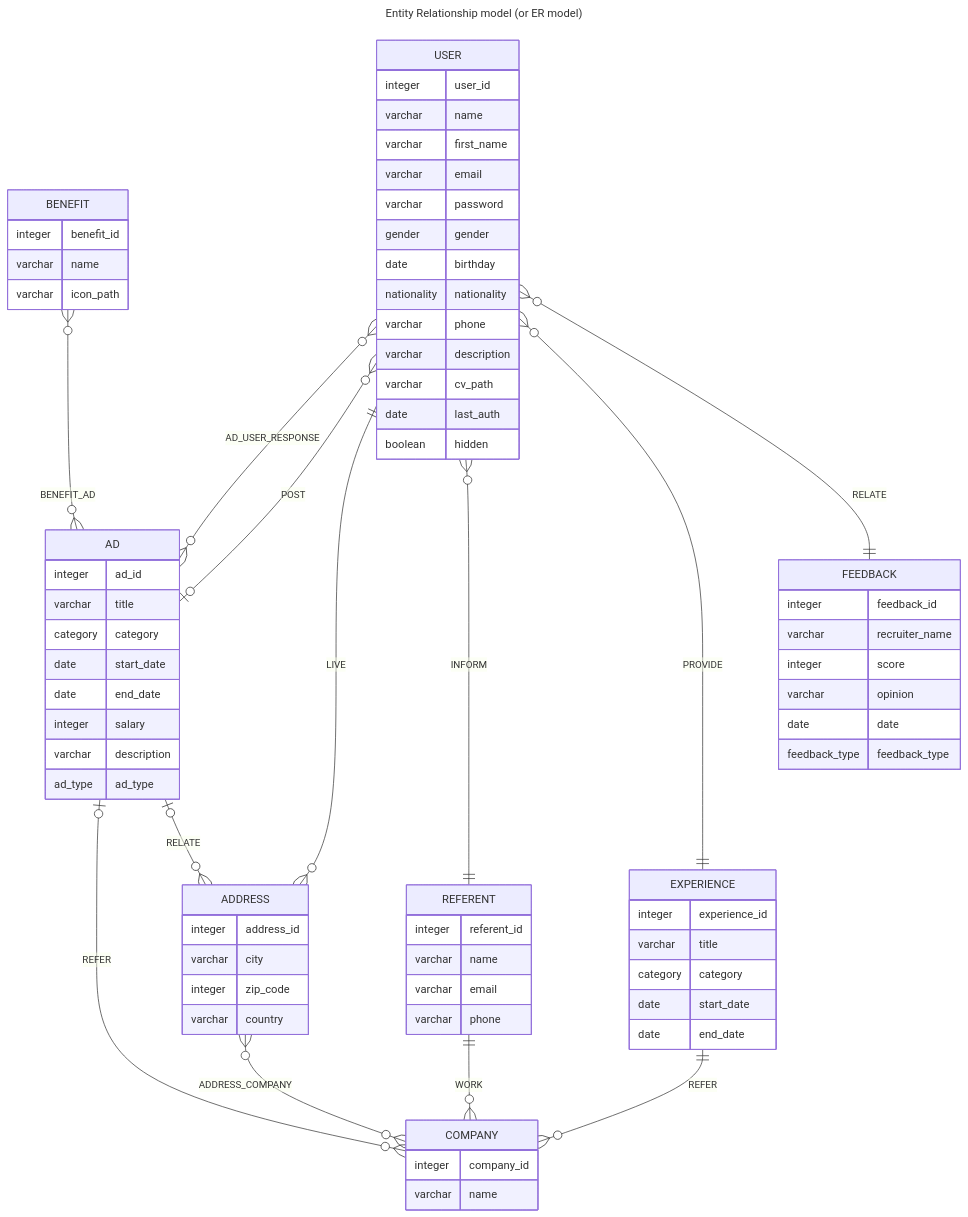
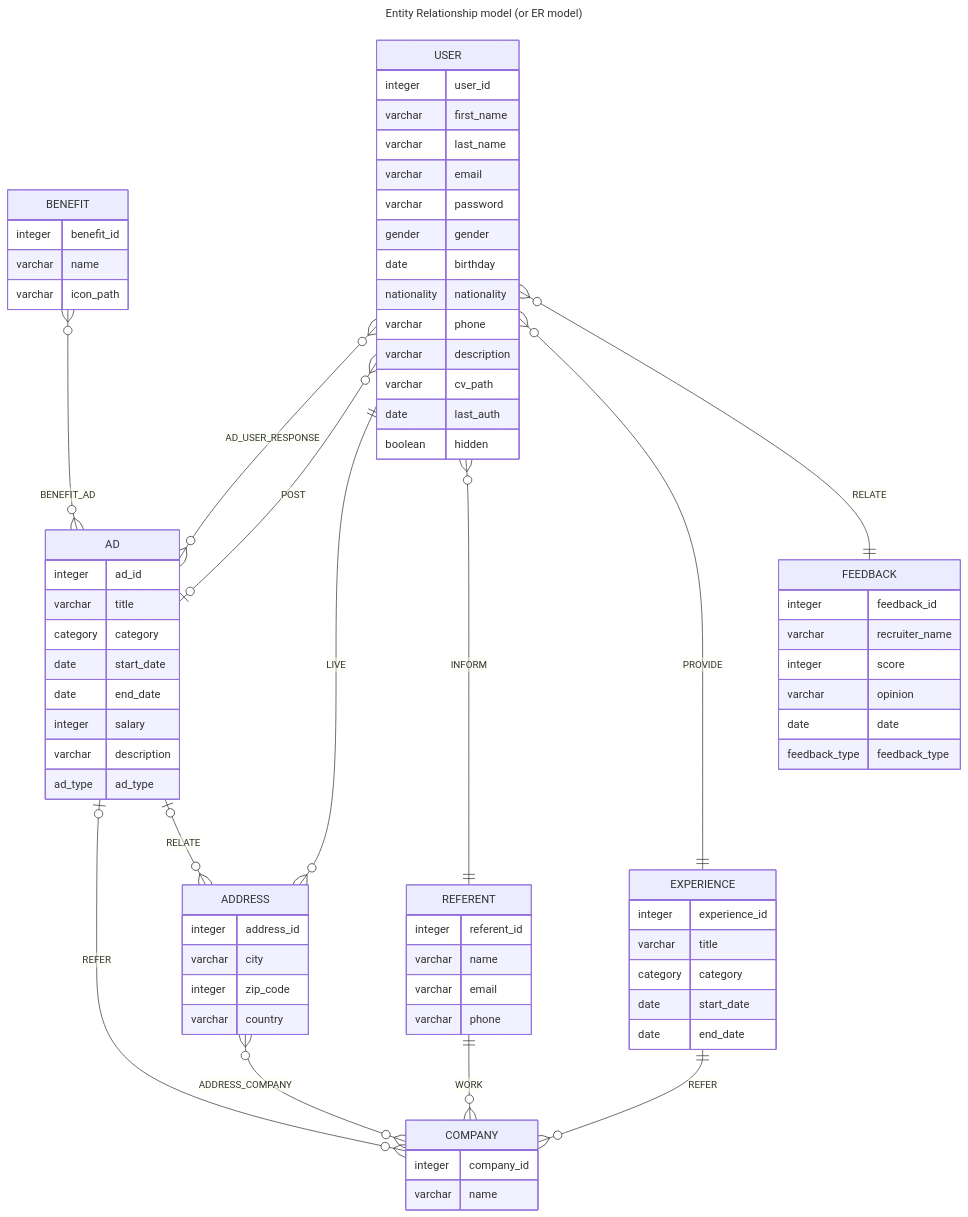
Before and after one commit to sylvain-pierrot/seasonal-workers: the diagram in Documentation/RDBMS.md, drawn with Mermaid.

Commit message:
Update RDBMS.md (#32)

````diff
--- a/Documentation/RDBMS.md
+++ b/Documentation/RDBMS.md
@@ -28,79 +28,79 @@
 ```mermaid
 ---
 title: Entity Relationship model (or ER model)
 ---
 erDiagram
     BENEFIT {
         integer benefit_id
         varchar name
         varchar icon_path
     }
     AD {
         integer ad_id
         varchar title
         category category
         date start_date
         date end_date
         integer salary
         varchar description
         ad_type ad_type
     }
     COMPANY {
         integer company_id
         varchar name
     }
     EXPERIENCE {
         integer experience_id
         varchar title
         category category
         date start_date
         date end_date
     }
     USER {
         integer user_id
-        varchar name
         varchar first_name
+        varchar last_name
         varchar email
         varchar password
         gender gender
         date birthday
         nationality nationality
         varchar phone
         varchar description
         varchar cv_path
         date last_auth
         boolean hidden
     }
     ADDRESS {
         integer address_id
         varchar city
         integer zip_code
         varchar country
     }
     REFERENT {
         integer referent_id
         varchar name
         varchar email
         varchar phone
     }
     FEEDBACK {
         integer feedback_id
         varchar recruiter_name
         integer score
         varchar opinion
         date date
         feedback_type feedback_type
     }
     BENEFIT o{--}o AD : "BENEFIT_AD"
     AD o|--}o COMPANY : "REFER"
     AD o|--}o ADDRESS : "RELATE"
     USER o{--}o AD : "AD_USER_RESPONSE"
     EXPERIENCE ||--}o COMPANY : "REFER"
     USER o{--o| AD : "POST"
     USER ||--}o ADDRESS : "LIVE"
     USER o{--|| REFERENT : "INFORM"
     USER o{--|| EXPERIENCE : "PROVIDE"
     USER o{--|| FEEDBACK : "RELATE"
     ADDRESS o{--}o COMPANY : "ADDRESS_COMPANY"
     REFERENT ||--}o COMPANY : "WORK"
 ```
````
